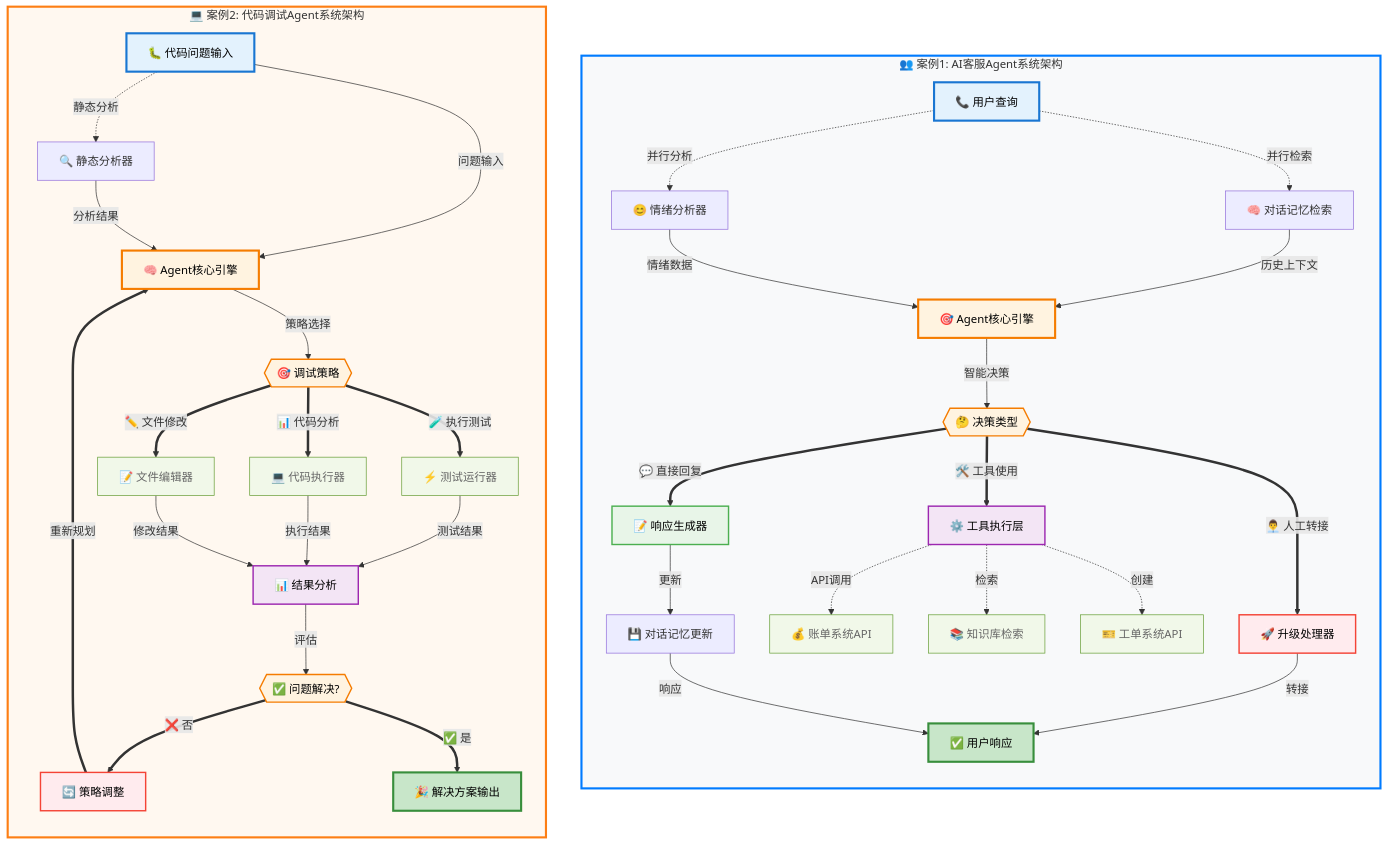
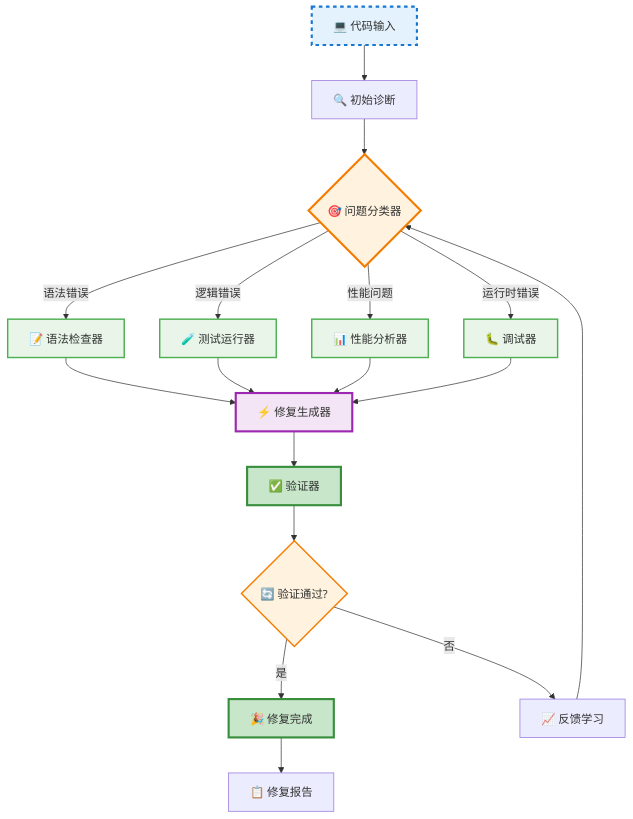
Before and after one commit to yxzf/claude-code-guide: the tenth of 10 diagrams in agent/AI_Agent_完整入门指南.md, drawn with Mermaid. The commit also changed other lines of this file, not shown here.

Commit message:
优化AI Agent案例架构图：分离图表并增强视觉效果
## 主要改进
1. **图表分离**: 将组合架构图分别移至对应案例章节
2. **视觉优化**: 增强线条和箭头样式
   - 添加虚线边框突出输入节点
   - 使用不同颜色标识功能模块
   - 加粗关键决策节点描边
   - 优化节点层次和视觉分组

## 具体优化
- 案例1 AI客服Agent: 添加情绪分析→策略选择→多工具集成架构图
- 案例2 代码调试Agent: 添加诊断→分类→修复→验证循环架构图
- 线条样式: stroke-width 2-3px, 虚线输入框, 差异化色彩

🤖 Generated with [Claude Code](https://claude.ai/code)

````diff
--- a/agent/AI_Agent_完整入门指南.md
+++ b/agent/AI_Agent_完整入门指南.md
@@ -737,74 +795,35 @@
 ```mermaid
 graph TB
-    subgraph CUSTOMER ["👥 案例1: AI客服Agent系统架构"]
-        direction TB
-        A1[📞 用户查询] -.->|并行分析| B1[😊 情绪分析器]
-        A1 -.->|并行检索| C1[🧠 对话记忆检索]
-        B1 -->|情绪数据| D1[🎯 Agent核心引擎]
-        C1 -->|历史上下文| D1
-        
-        D1 -->|智能决策| E1{{🤔 决策类型}}
-        E1 ==>|🛠️ 工具使用| F1[⚙️ 工具执行层]
-        E1 ==>|💬 直接回复| G1[📝 响应生成器]
-        E1 ==>|👨‍💼 人工转接| H1[🚀 升级处理器]
-        
-        F1 -.->|API调用| I1[💰 账单系统API]
-        F1 -.->|检索| J1[📚 知识库检索]
-        F1 -.->|创建| K1[🎫 工单系统API]
-        
-        G1 -->|更新| L1[💾 对话记忆更新]
-        L1 -->|响应| M1[✅ 用户响应]
-        H1 -->|转接| M1
-    end
+    A[💻 代码输入] --> B[🔍 初始诊断]
+    B --> C{🎯 问题分类器}
     
-    subgraph DEBUG ["💻 案例2: 代码调试Agent系统架构"]
-        direction TB
-        A2[🐛 代码问题输入] -.->|静态分析| B2[🔍 静态分析器]
-        A2 -->|问题输入| C2[🧠 Agent核心引擎]
-        B2 -->|分析结果| C2
-        
-        C2 -->|策略选择| D2{{🎯 调试策略}}
-        D2 ==>|🧪 执行测试| E2[⚡ 测试运行器]
-        D2 ==>|📊 代码分析| F2[💻 代码执行器]
-        D2 ==>|✏️ 文件修改| G2[📝 文件编辑器]
-        
-        E2 -->|测试结果| H2[📊 结果分析]
-        F2 -->|执行结果| H2
-        G2 -->|修改结果| H2
-        
-        H2 -->|评估| I2{{✅ 问题解决?}}
-        I2 ==>|❌ 否| J2[🔄 策略调整]
-        J2 ==>|重新规划| C2
-        I2 ==>|✅ 是| K2[🎉 解决方案输出]
-    end
+    C -->|语法错误| D[📝 语法检查器]
+    C -->|逻辑错误| E[🧪 测试运行器]
+    C -->|性能问题| F[📊 性能分析器]
+    C -->|运行时错误| G[🐛 调试器]
     
-    %% 客服Agent样式
-    style A1 fill:#e3f2fd,stroke:#1976d2,stroke-width:3px,color:#000
-    style D1 fill:#fff3e0,stroke:#f57c00,stroke-width:3px,color:#000
-    style E1 fill:#fff3e0,stroke:#f57c00,stroke-width:2px,color:#000
-    style F1 fill:#f3e5f5,stroke:#9c27b0,stroke-width:2px,color:#000
-    style G1 fill:#e8f5e8,stroke:#4caf50,stroke-width:2px,color:#000
-    style H1 fill:#ffebee,stroke:#f44336,stroke-width:2px,color:#000
-    style M1 fill:#c8e6c9,stroke:#388e3c,stroke-width:3px,color:#000
+    D --> H[⚡ 修复生成器]
+    E --> H
+    F --> H
+    G --> H
     
-    %% 调试Agent样式
-    style A2 fill:#e3f2fd,stroke:#1976d2,stroke-width:3px,color:#000
-    style C2 fill:#fff3e0,stroke:#f57c00,stroke-width:3px,color:#000
-    style D2 fill:#fff3e0,stroke:#f57c00,stroke-width:2px,color:#000
-    style H2 fill:#f3e5f5,stroke:#9c27b0,stroke-width:2px,color:#000
-    style I2 fill:#fff3e0,stroke:#f57c00,stroke-width:2px,color:#000
-    style K2 fill:#c8e6c9,stroke:#388e3c,stroke-width:3px,color:#000
-    style J2 fill:#ffebee,stroke:#f44336,stroke-width:2px,color:#000
+    H --> I[✅ 验证器]
+    I --> J{🔄 验证通过?}
     
-    %% 工具层样式
-    style I1 fill:#f1f8e9,stroke:#689f38,stroke-width:1px,color:#666
-    style J1 fill:#f1f8e9,stroke:#689f38,stroke-width:1px,color:#666
-    style K1 fill:#f1f8e9,stroke:#689f38,stroke-width:1px,color:#666
-    style E2 fill:#f1f8e9,stroke:#689f38,stroke-width:1px,color:#666
-    style F2 fill:#f1f8e9,stroke:#689f38,stroke-width:1px,color:#666
-    style G2 fill:#f1f8e9,stroke:#689f38,stroke-width:1px,color:#666
+    J -->|是| K[🎉 修复完成]
+    J -->|否| L[📈 反馈学习]
+    L --> C
     
-    %% 子图样式
-    style CUSTOMER fill:#f8f9fa,stroke:#007bff,stroke-width:3px
-    style DEBUG fill:#fff8f0,stroke:#fd7e14,stroke-width:3px
+    K --> M[📋 修复报告]
+    
+    style A fill:#e3f2fd,stroke:#1976d2,stroke-width:3px,stroke-dasharray: 5 5
+    style C fill:#fff3e0,stroke:#f57c00,stroke-width:3px
+    style H fill:#f3e5f5,stroke:#9c27b0,stroke-width:3px
+    style I fill:#c8e6c9,stroke:#388e3c,stroke-width:3px
+    style K fill:#c8e6c9,stroke:#388e3c,stroke-width:3px
+    style J fill:#fff3e0,stroke:#f57c00,stroke-width:2px
+    style D fill:#e8f5e8,stroke:#4caf50,stroke-width:2px
+    style E fill:#e8f5e8,stroke:#4caf50,stroke-width:2px
+    style F fill:#e8f5e8,stroke:#4caf50,stroke-width:2px
+    style G fill:#e8f5e8,stroke:#4caf50,stroke-width:2px
 ```
````
